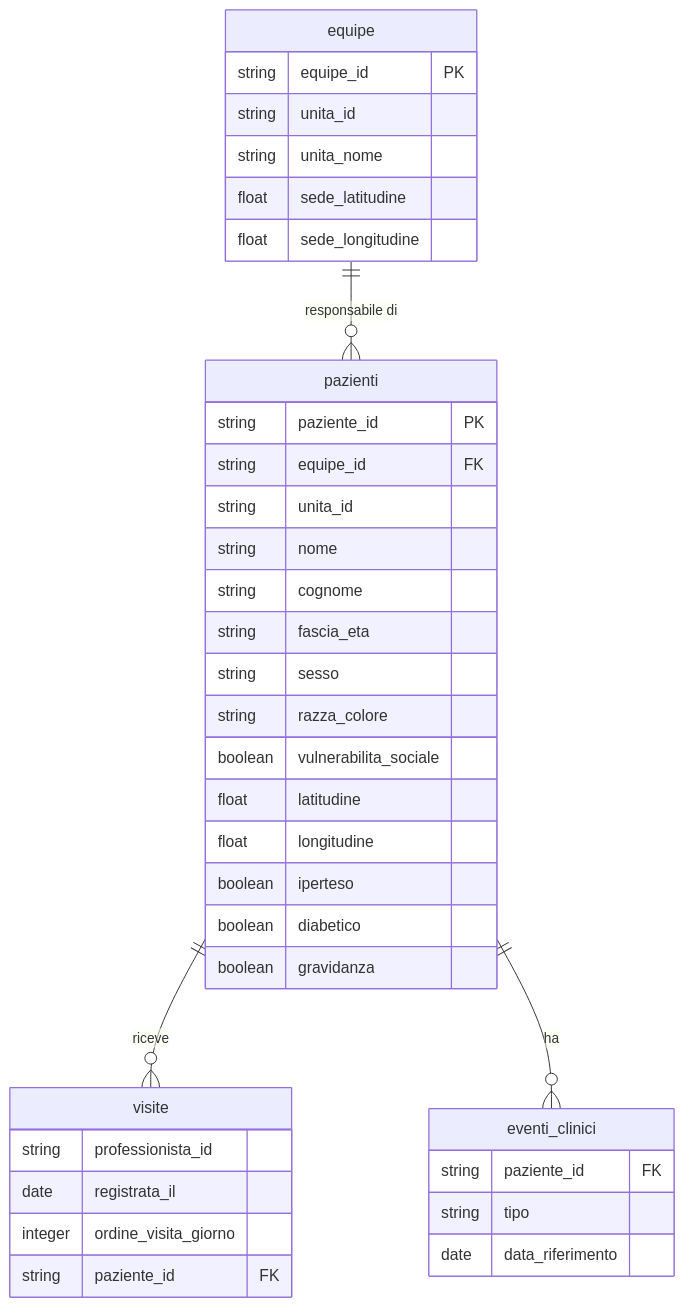
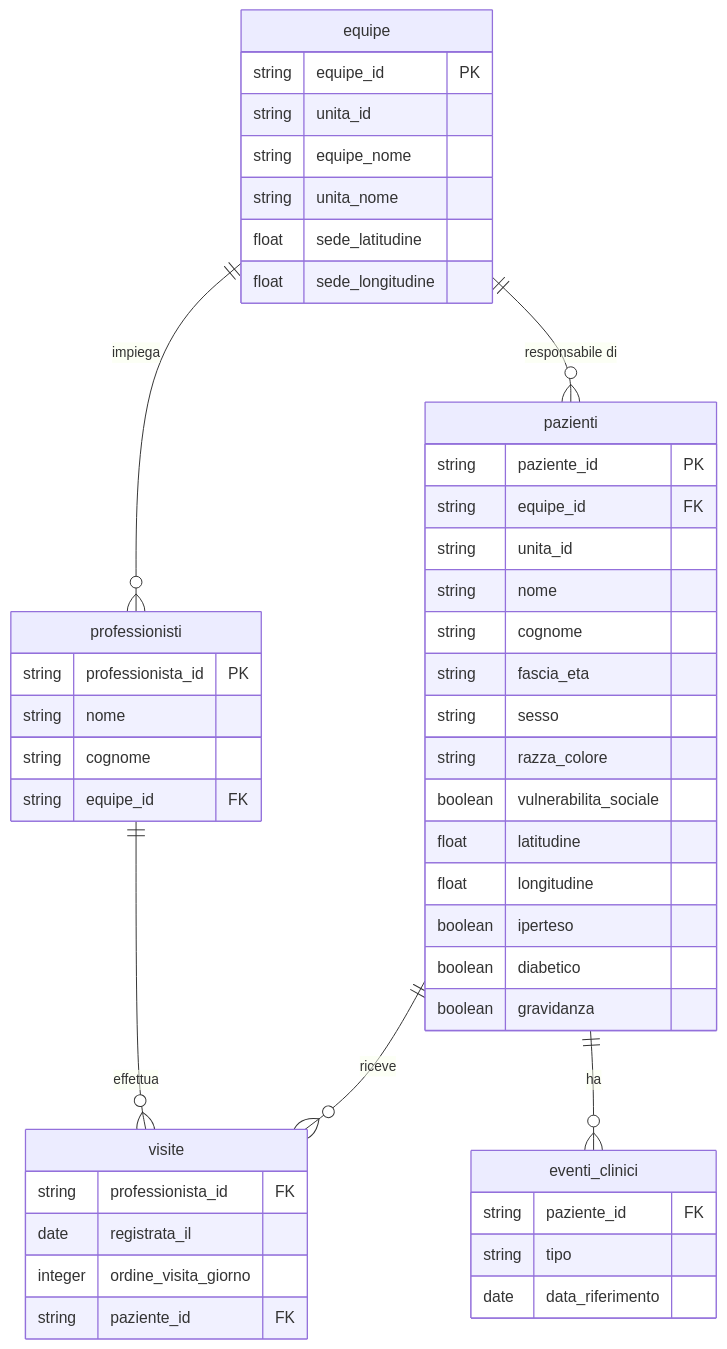
One commit to vinicius-saraiva/visitare-case-it changed the diagram in README.md. Above: the diagram before and after it, drawn with Mermaid. The commit also changed other lines of this file and 4 other files, not shown here.

````diff
--- a/README.md
+++ b/README.md
@@ -123,44 +124,54 @@
 ```mermaid
 erDiagram
     equipe ||--o{ pazienti : "responsabile di"
+    equipe ||--o{ professionisti : "impiega"
+    professionisti ||--o{ visite : "effettua"
     pazienti ||--o{ visite : "riceve"
     pazienti ||--o{ eventi_clinici : "ha"
 
     equipe {
         string equipe_id PK
         string unita_id
+        string equipe_nome
         string unita_nome
         float sede_latitudine
         float sede_longitudine
+    }
+
+    professionisti {
+        string professionista_id PK
+        string nome
+        string cognome
+        string equipe_id FK
     }
 
     pazienti {
         string paziente_id PK
         string equipe_id FK
         string unita_id
         string nome
         string cognome
         string fascia_eta
         string sesso
         string razza_colore
         boolean vulnerabilita_sociale
         float latitudine
         float longitudine
         boolean iperteso
         boolean diabetico
         boolean gravidanza
     }
 
     visite {
-        string professionista_id
+        string professionista_id FK
         date registrata_il
         integer ordine_visita_giorno
         string paziente_id FK
     }
 
     eventi_clinici {
         string paziente_id FK
         string tipo
         date data_riferimento
     }
 ```
````
